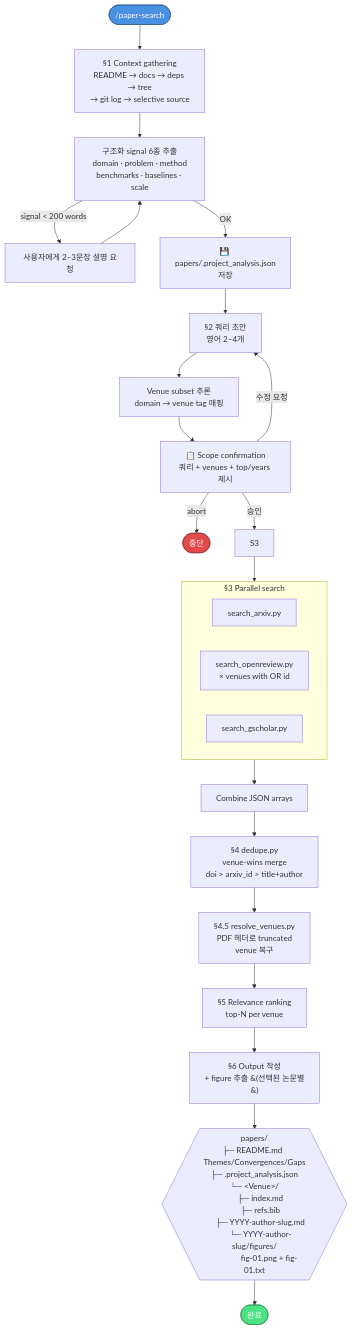
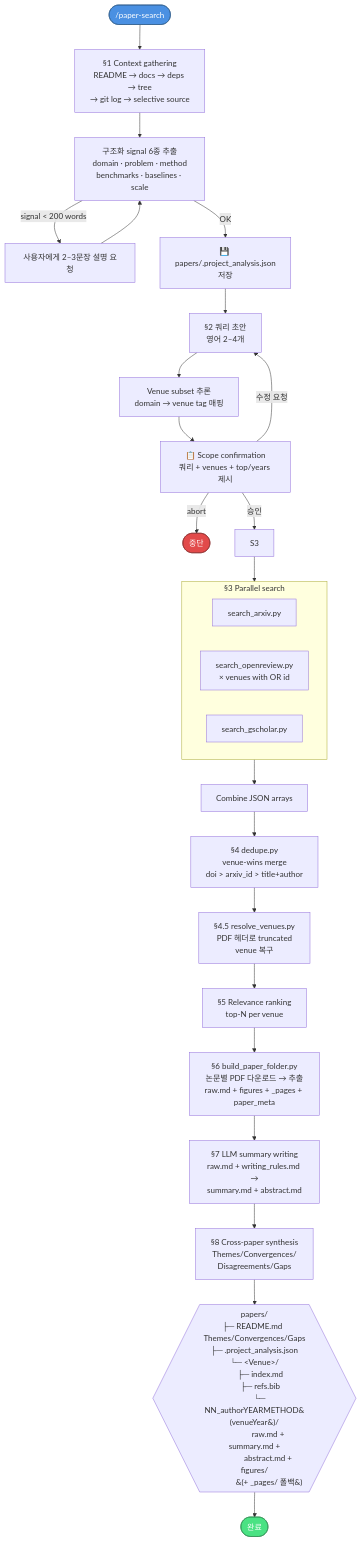
The first of 2 diagrams in README.md (apple4ree/paper_search), drawn with Mermaid before and after one commit. The commit also changed other lines of this file and 8 other files, not shown here.

````diff
--- a/README.md
+++ b/README.md
@@ -12,33 +12,35 @@
 ```mermaid
 flowchart TD
     Start([/paper-search]):::cmd --> S1[§1 Context gathering<br/>README → docs → deps → tree<br/>→ git log → selective source]
     S1 --> Extract[구조화 signal 6종 추출<br/>domain · problem · method<br/>benchmarks · baselines · scale]
     Extract -->|signal &lt; 200 words| Ask[사용자에게 2–3문장 설명 요청]
     Ask --> Extract
     Extract -->|OK| Persist[💾 papers/.project_analysis.json<br/>저장]
     Persist --> S2A[§2 쿼리 초안<br/>영어 2–4개]
     S2A --> Infer[Venue subset 추론<br/>domain → venue tag 매핑]
     Infer --> Scope[📋 Scope confirmation<br/>쿼리 + venues + top/years 제시]
     Scope -->|수정 요청| S2A
     Scope -->|abort| StopE([중단]):::stop
     Scope -->|승인| S3
 
     subgraph Par [§3 Parallel search]
         direction LR
         A[search_arxiv.py]
         O[search_openreview.py<br/>× venues with OR id]
         G[search_gscholar.py]
     end
     S3 --> Par
     Par --> Merge[Combine JSON arrays]
     Merge --> S4[§4 dedupe.py<br/>venue-wins merge<br/>doi &gt; arxiv_id &gt; title+author]
     S4 --> S45[§4.5 resolve_venues.py<br/>PDF 헤더로 truncated<br/>venue 복구]
     S45 --> S5[§5 Relevance ranking<br/>top-N per venue]
-    S5 --> S6[§6 Output 작성<br/>+ figure 추출 &#40;선택된 논문별&#41;]
-    S6 --> Out{{papers/<br/>├─ README.md  Themes/Convergences/Gaps<br/>├─ .project_analysis.json<br/>└─ &lt;Venue&gt;/<br/>⠀⠀├─ index.md<br/>⠀⠀├─ refs.bib<br/>⠀⠀├─ YYYY-author-slug.md<br/>⠀⠀└─ YYYY-author-slug/figures/<br/>⠀⠀⠀⠀⠀fig-01.png + fig-01.txt}}
+    S5 --> S6[§6 build_paper_folder.py<br/>논문별 PDF 다운로드 → 추출<br/>raw.md + figures + _pages + paper_meta]
+    S6 --> S7[§7 LLM summary writing<br/>raw.md + writing_rules.md →<br/>summary.md + abstract.md]
+    S7 --> S8[§8 Cross-paper synthesis<br/>Themes/Convergences/<br/>Disagreements/Gaps]
+    S8 --> Out{{papers/<br/>├─ README.md  Themes/Convergences/Gaps<br/>├─ .project_analysis.json<br/>└─ &lt;Venue&gt;/<br/>⠀⠀├─ index.md<br/>⠀⠀├─ refs.bib<br/>⠀⠀└─ NN_authorYEARMETHOD&#40;venueYear&#41;/<br/>⠀⠀⠀⠀⠀raw.md + summary.md +<br/>⠀⠀⠀⠀⠀abstract.md + figures/<br/>⠀⠀⠀⠀⠀&#40;+ _pages/ 폴백&#41;}}
     Out --> Done([완료]):::done
 
     classDef cmd fill:#4a90e2,stroke:#2e5c8a,color:#fff
     classDef stop fill:#e24a4a,stroke:#8a2e2e,color:#fff
     classDef done fill:#4ae283,stroke:#2e8a4f,color:#fff
 ```
````
